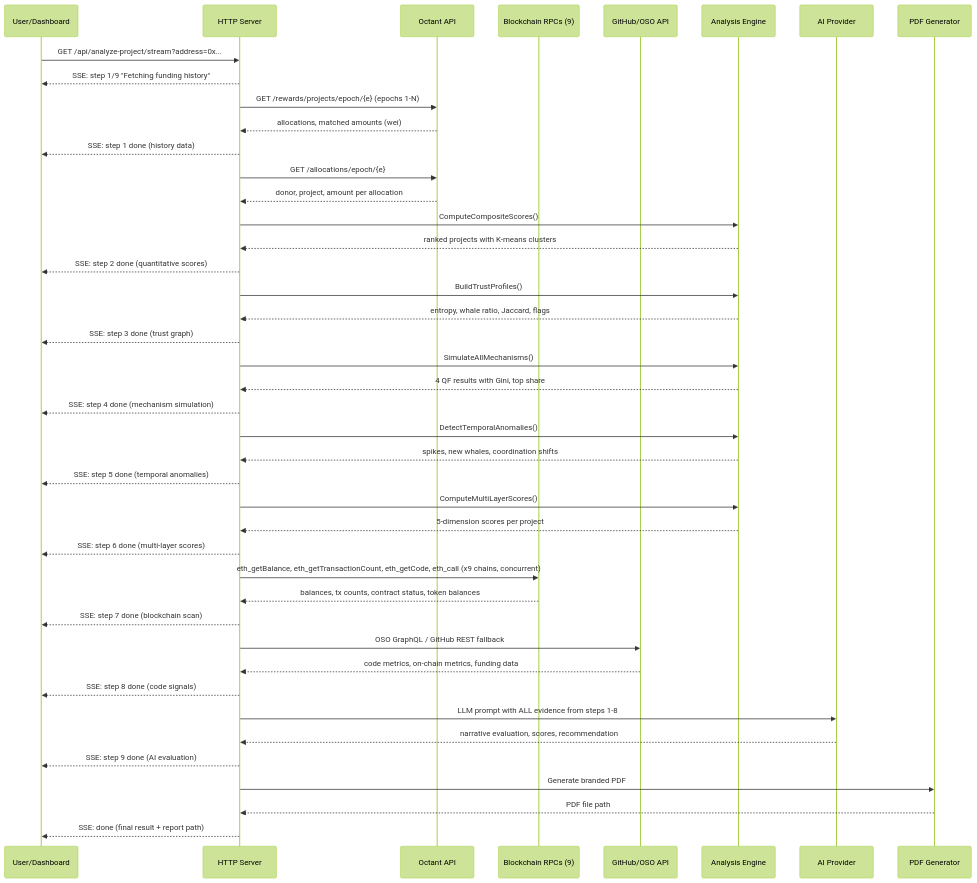
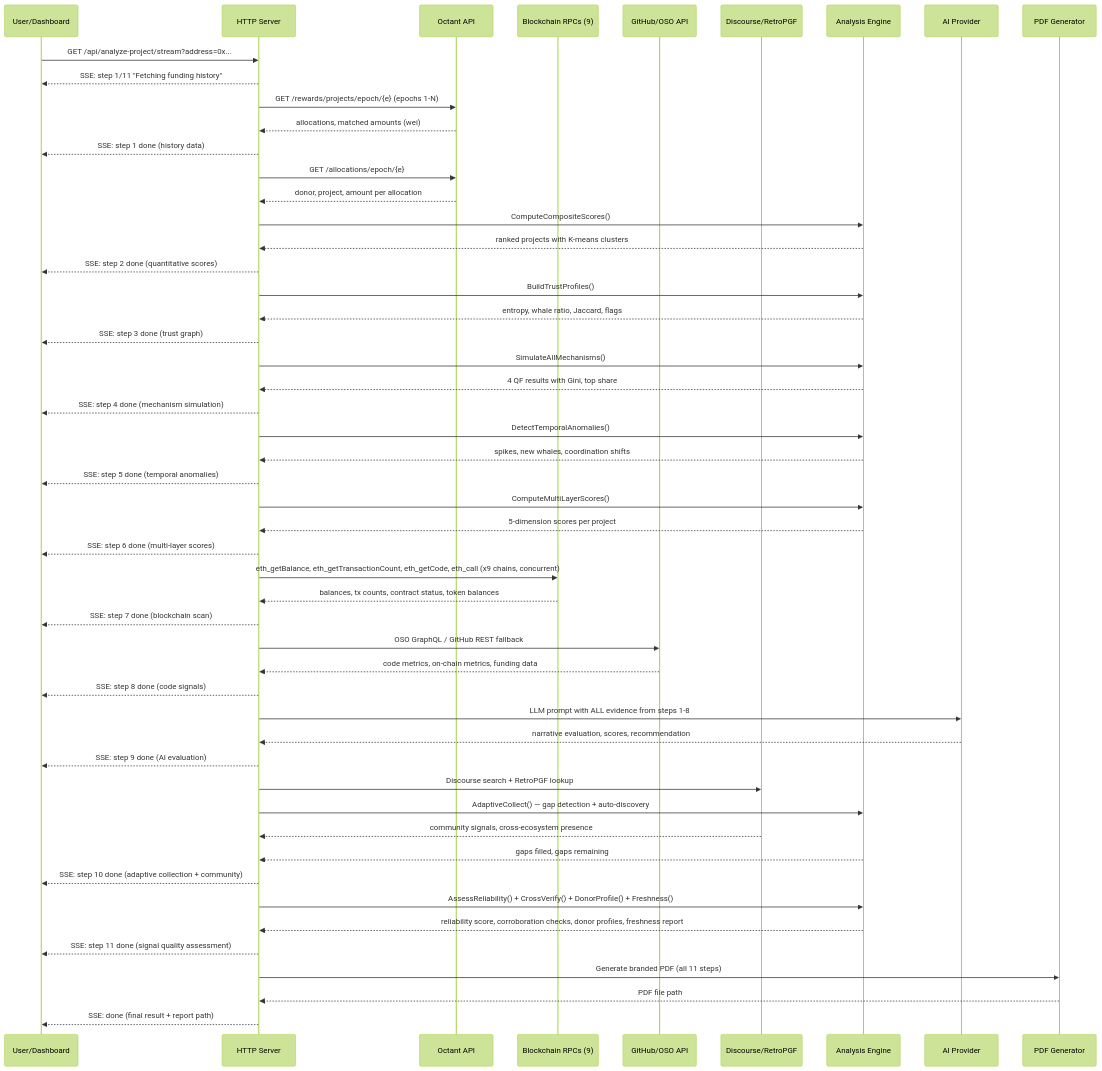
Before and after one commit to yeheskieltame/Tessera: the second of 8 diagrams in README.md, drawn with Mermaid (forest theme). The commit also changed other lines of this file and 18 other files, not shown here.

First line of the commit message:
Add Signal Quality Framework, adaptive collection, 9 data sources, donor profiling

````diff
--- a/README.md
+++ b/README.md
@@ -144,56 +158,67 @@
 ```mermaid
 sequenceDiagram
     participant U as User/Dashboard
     participant S as HTTP Server
     participant O as Octant API
     participant B as Blockchain RPCs (9)
     participant G as GitHub/OSO API
+    participant D as Discourse/RetroPGF
     participant A as Analysis Engine
     participant P as AI Provider
     participant R as PDF Generator
 
     U->>S: GET /api/analyze-project/stream?address=0x...
-    S-->>U: SSE: step 1/9 "Fetching funding history"
+    S-->>U: SSE: step 1/11 "Fetching funding history"
 
     S->>O: GET /rewards/projects/epoch/{e} (epochs 1-N)
     O-->>S: allocations, matched amounts (wei)
     S-->>U: SSE: step 1 done (history data)
 
     S->>O: GET /allocations/epoch/{e}
     O-->>S: donor, project, amount per allocation
     S->>A: ComputeCompositeScores()
     A-->>S: ranked projects with K-means clusters
     S-->>U: SSE: step 2 done (quantitative scores)
 
     S->>A: BuildTrustProfiles()
     A-->>S: entropy, whale ratio, Jaccard, flags
     S-->>U: SSE: step 3 done (trust graph)
 
     S->>A: SimulateAllMechanisms()
     A-->>S: 4 QF results with Gini, top share
     S-->>U: SSE: step 4 done (mechanism simulation)
 
     S->>A: DetectTemporalAnomalies()
     A-->>S: spikes, new whales, coordination shifts
     S-->>U: SSE: step 5 done (temporal anomalies)
 
     S->>A: ComputeMultiLayerScores()
     A-->>S: 5-dimension scores per project
     S-->>U: SSE: step 6 done (multi-layer scores)
 
     S->>B: eth_getBalance, eth_getTransactionCount, eth_getCode, eth_call (x9 chains, concurrent)
     B-->>S: balances, tx counts, contract status, token balances
     S-->>U: SSE: step 7 done (blockchain scan)
 
     S->>G: OSO GraphQL / GitHub REST fallback
     G-->>S: code metrics, on-chain metrics, funding data
     S-->>U: SSE: step 8 done (code signals)
 
     S->>P: LLM prompt with ALL evidence from steps 1-8
     P-->>S: narrative evaluation, scores, recommendation
     S-->>U: SSE: step 9 done (AI evaluation)
 
-    S->>R: Generate branded PDF
+    S->>D: Discourse search + RetroPGF lookup
+    S->>A: AdaptiveCollect() — gap detection + auto-discovery
+    D-->>S: community signals, cross-ecosystem presence
+    A-->>S: gaps filled, gaps remaining
+    S-->>U: SSE: step 10 done (adaptive collection + community)
+
+    S->>A: AssessReliability() + CrossVerify() + DonorProfile() + Freshness()
+    A-->>S: reliability score, corroboration checks, donor profiles, freshness report
+    S-->>U: SSE: step 11 done (signal quality assessment)
+
+    S->>R: Generate branded PDF (all 11 steps)
     R-->>S: PDF file path
     S-->>U: SSE: done (final result + report path)
 ```
````
